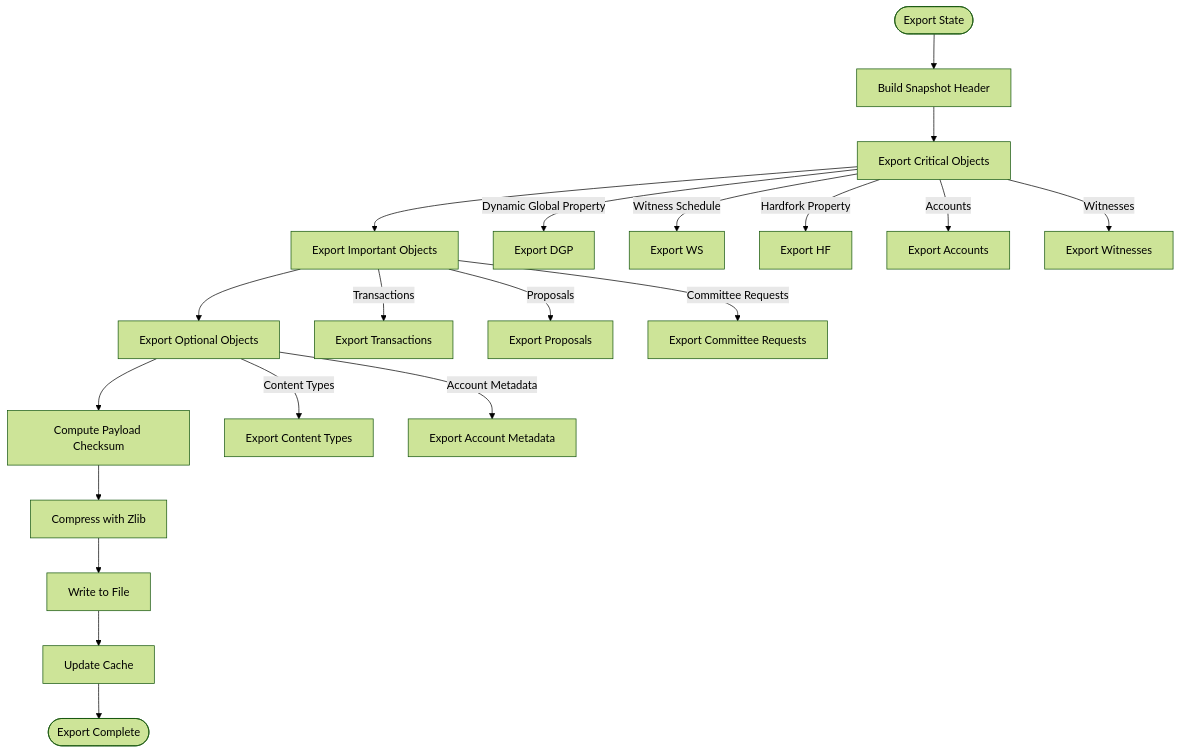
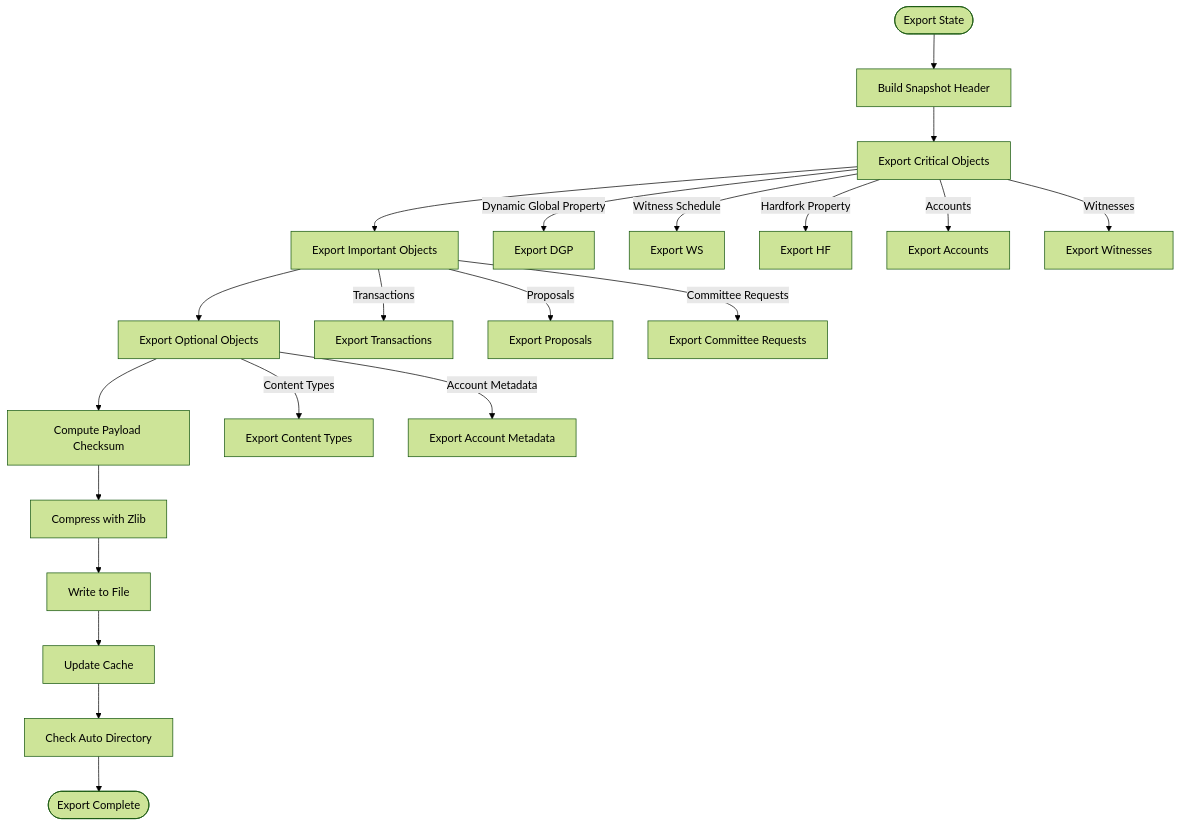
One commit to VIZ-Blockchain/viz-cpp-node changed the fifth of 21 diagrams in .qoder/repowiki/en/content/Plugin System/Snapshot Plugin System.md. Above: the diagram before and after it, drawn with Mermaid (forest theme). The commit also changed other lines of this file and 2 other files, not shown here.

First line of the commit message:
feat(snapshot): enhance snapshot system with p2p sync, progress, and directory management

````diff
--- a/.qoder/repowiki/en/content/Plugin System/Snapshot Plugin System.md
+++ b/.qoder/repowiki/en/content/Plugin System/Snapshot Plugin System.md
@@ -245,22 +271,23 @@
 ```mermaid
 flowchart TD
 Start([Export State]) --> Header[Build Snapshot Header]
 Header --> Critical[Export Critical Objects]
 Critical --> Important[Export Important Objects]
 Important --> Optional[Export Optional Objects]
 Optional --> Checksum[Compute Payload Checksum]
 Checksum --> Compress[Compress with Zlib]
 Compress --> Write[Write to File]
 Write --> Cache[Update Cache]
-Cache --> End([Export Complete])
+Cache --> AutoDir[Check Auto Directory]
+AutoDir --> End([Export Complete])
 Critical --> |Dynamic Global Property| DGP[Export DGP]
 Critical --> |Witness Schedule| WS[Export WS]
 Critical --> |Hardfork Property| HF[Export HF]
 Critical --> |Accounts| ACC[Export Accounts]
 Critical --> |Witnesses| WIT[Export Witnesses]
 Important --> |Transactions| TRX[Export Transactions]
 Important --> |Proposals| PROP[Export Proposals]
 Important --> |Committee Requests| CR[Export Committee Requests]
 Optional --> |Content Types| CT[Export Content Types]
 Optional --> |Account Metadata| AM[Export Account Metadata]
 ```
````
